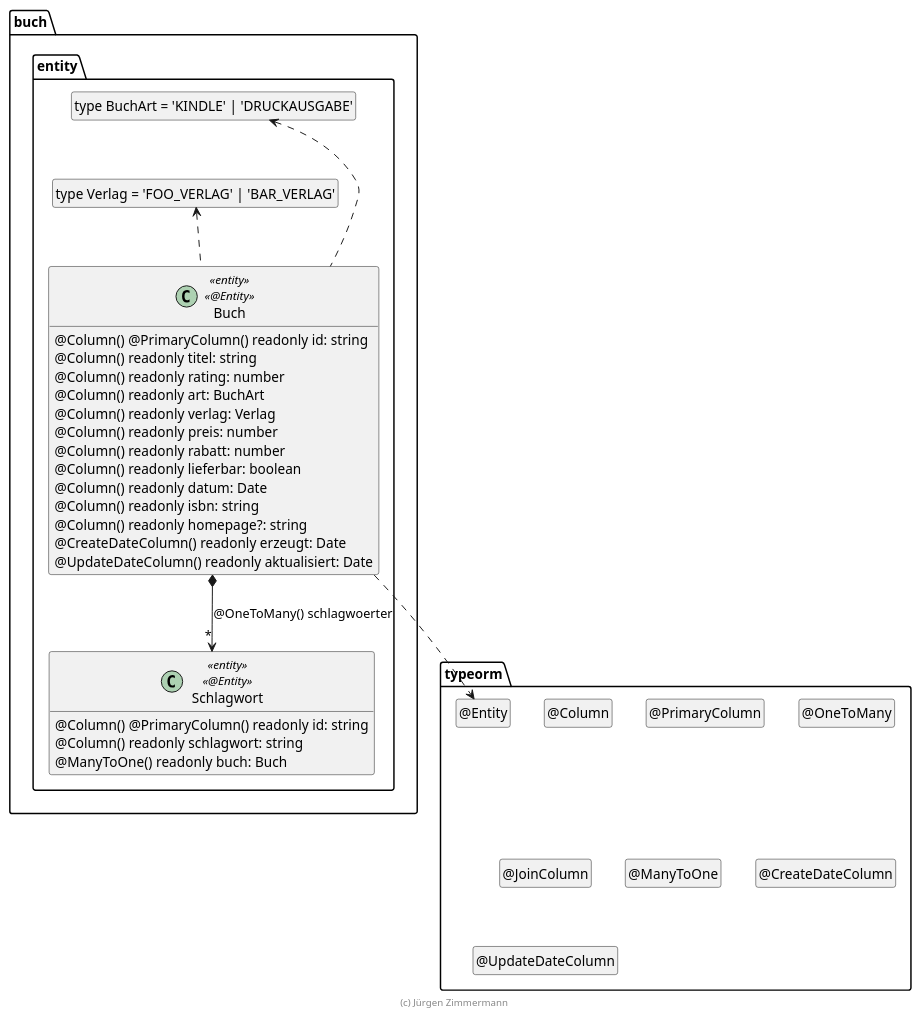
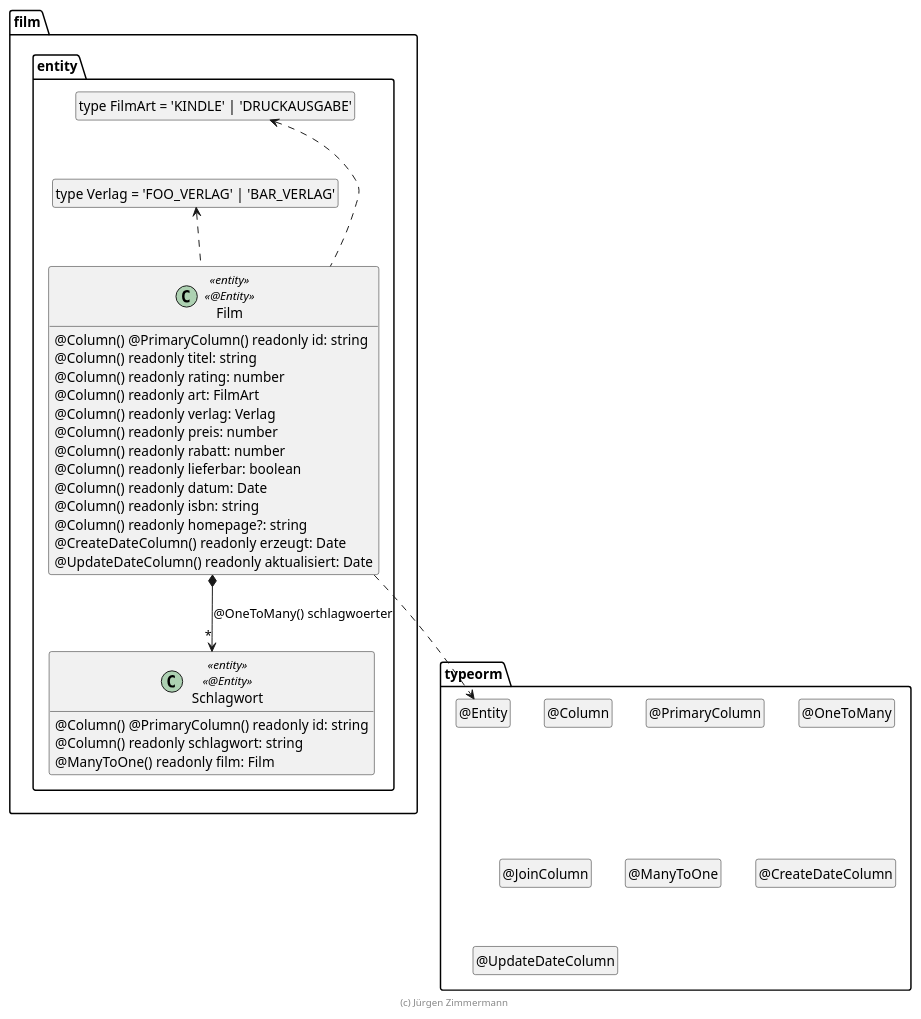
Before and after one commit to Yuszi/Film: the diagram in .extras/doc/entwicklerhandbuch/Film.plantuml, drawn with PlantUML. The commit also changed 58 other files, not shown here.

```diff
--- a/.extras/doc/entwicklerhandbuch/Film.plantuml
+++ b/.extras/doc/entwicklerhandbuch/Film.plantuml
@@ -18,63 +18,63 @@
 @startuml Entity
 
 package typeorm {
   class "@Entity" as Entity
   hide Entity circle
   class "@Column" as Column
   hide Column circle
   class "@PrimaryColumn" as PrimaryColumn
   hide PrimaryColumn circle
   class "@OneToMany" as OneToMany
   hide OneToMany circle
   class "@JoinColumn" as JoinColumn
   hide JoinColumn circle
   class "@ManyToOne" as ManyToOne
   hide ManyToOne circle
   class "@CreateDateColumn" as CreateDateColumn
   hide CreateDateColumn circle
   class "@UpdateDateColumn" as UpdateDateColumn
   hide UpdateDateColumn circle
 }
 
-package buch.entity {
-  class "type BuchArt = 'KINDLE' | 'DRUCKAUSGABE'" as BuchArt
-  hide BuchArt circle
+package film.entity {
+  class "type FilmArt = 'KINDLE' | 'DRUCKAUSGABE'" as FilmArt
+  hide FilmArt circle
 
   class "type Verlag = 'FOO_VERLAG' | 'BAR_VERLAG'" as Verlag
   hide Verlag circle
 
-  class Buch <<entity>> <<@Entity>> {
+  class Film <<entity>> <<@Entity>> {
     @Column() @PrimaryColumn() readonly id: string
     @Column() readonly titel: string
     @Column() readonly rating: number
-    @Column() readonly art: BuchArt
+    @Column() readonly art: FilmArt
     @Column() readonly verlag: Verlag
     @Column() readonly preis: number
     @Column() readonly rabatt: number
     @Column() readonly lieferbar: boolean
     @Column() readonly datum: Date
     @Column() readonly isbn: string
     @Column() readonly homepage?: string
     @CreateDateColumn() readonly erzeugt: Date
     @UpdateDateColumn() readonly aktualisiert: Date
   }
 
   class Schlagwort <<entity>> <<@Entity>> {
     @Column() @PrimaryColumn() readonly id: string
     @Column() readonly schlagwort: string
-    @ManyToOne() readonly buch: Buch
+    @ManyToOne() readonly film: Film
   }
 
-  Buch ..> Entity
-  Buch *--> "*" Schlagwort : @OneToMany() schlagwoerter
-  Buch .up.> BuchArt
-  Buch .up.> Verlag
+  Film ..> Entity
+  Film *--> "*" Schlagwort : @OneToMany() schlagwoerter
+  Film .up.> FilmArt
+  Film .up.> Verlag
 
-  BuchArt .[hidden].> Verlag
+  FilmArt .[hidden].> Verlag
 }
 
 hide empty members
 
 footer (c) Jürgen Zimmermann
 
 @enduml
```
